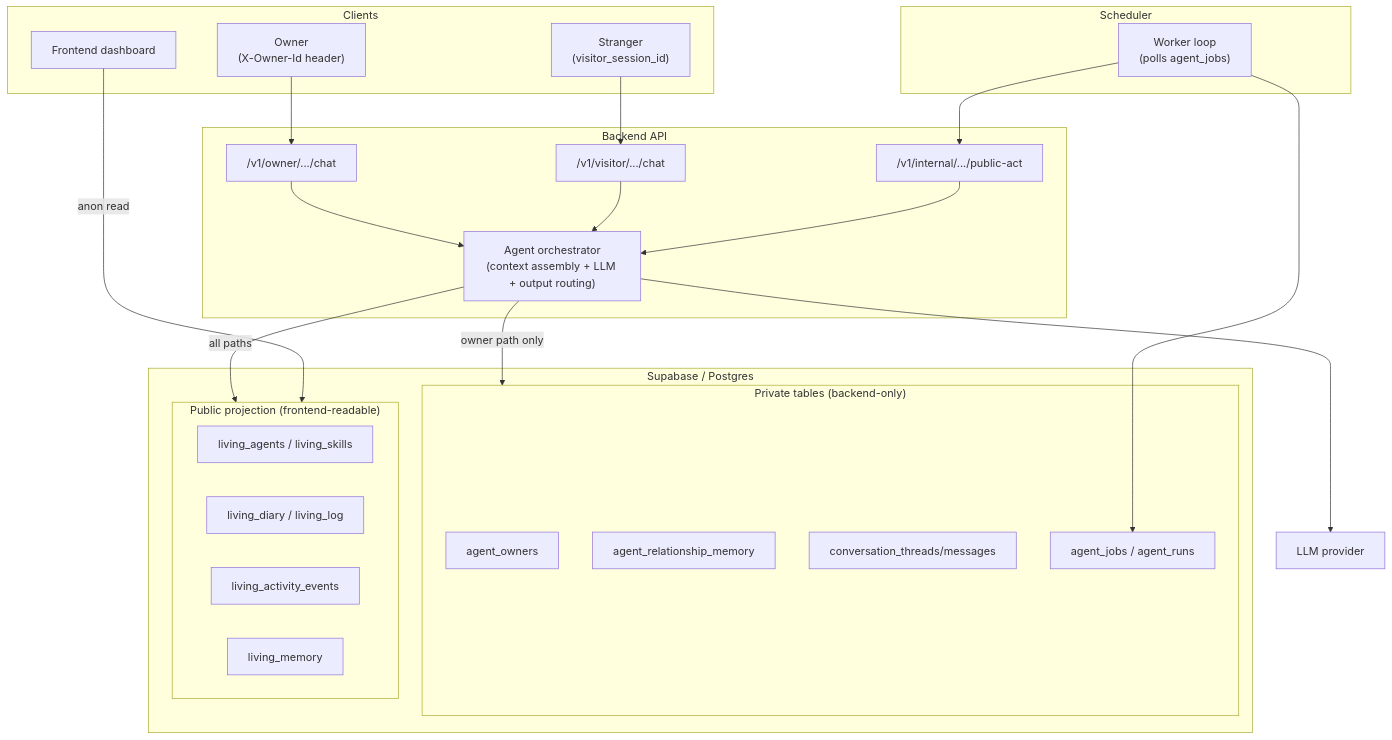
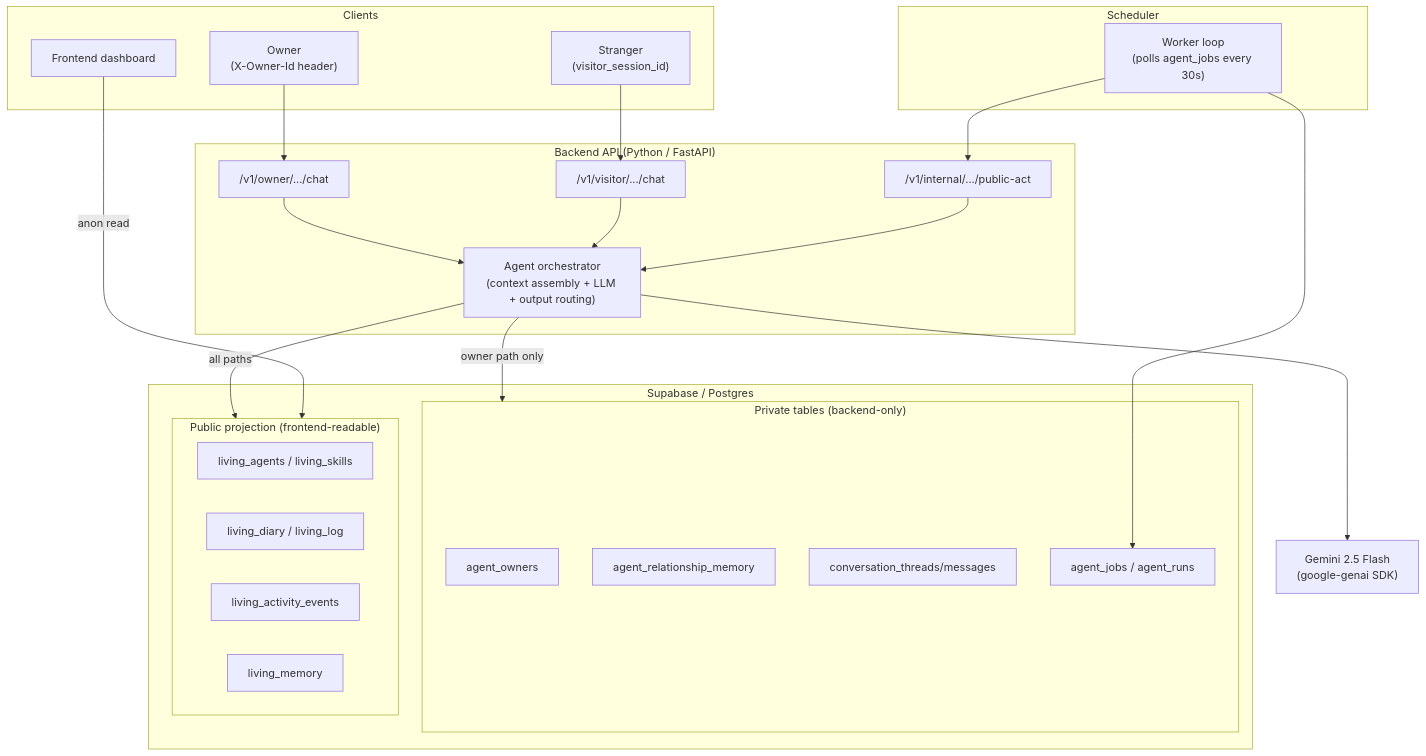
The diagram in ARCHITECTURE.md (nithinap/agent-village-prototype), drawn with Mermaid before and after one commit. The commit also changed other lines of this file and 4 other files, not shown here.

````diff
--- a/ARCHITECTURE.md
+++ b/ARCHITECTURE.md
@@ -30,48 +30,48 @@
 ```mermaid
 flowchart TB
     subgraph clients ["Clients"]
         OWNER["Owner\n(X-Owner-Id header)"]
         STRANGER["Stranger\n(visitor_session_id)"]
         DASH["Frontend dashboard"]
     end
 
-    subgraph backend ["Backend API"]
+    subgraph backend ["Backend API (Python / FastAPI)"]
         OEP["/v1/owner/.../chat"]
         VEP["/v1/visitor/.../chat"]
         IEP["/v1/internal/.../public-act"]
         ORCH["Agent orchestrator\n(context assembly + LLM + output routing)"]
     end
 
     subgraph worker ["Scheduler"]
-        WLOOP["Worker loop\n(polls agent_jobs)"]
+        WLOOP["Worker loop\n(polls agent_jobs every 30s)"]
     end
 
-    LLM["LLM provider"]
+    LLM["Gemini 2.5 Flash\n(google-genai SDK)"]
 
     subgraph db ["Supabase / Postgres"]
         subgraph private_tables ["Private tables (backend-only)"]
             PT1["agent_owners"]
             PT2["agent_relationship_memory"]
             PT3["conversation_threads/messages"]
             PT4["agent_jobs / agent_runs"]
         end
         subgraph public_tables ["Public projection (frontend-readable)"]
             PB1["living_agents / living_skills"]
             PB2["living_diary / living_log"]
             PB3["living_activity_events"]
             PB4["living_memory"]
         end
     end
 
     OWNER --> OEP
     STRANGER --> VEP
     OEP --> ORCH
     VEP --> ORCH
     IEP --> ORCH
     ORCH --> LLM
     ORCH -- "owner path only" --> private_tables
     ORCH -- "all paths" --> public_tables
     WLOOP --> IEP
     WLOOP --> PT4
     DASH -- "anon read" --> public_tables
 ```
````
